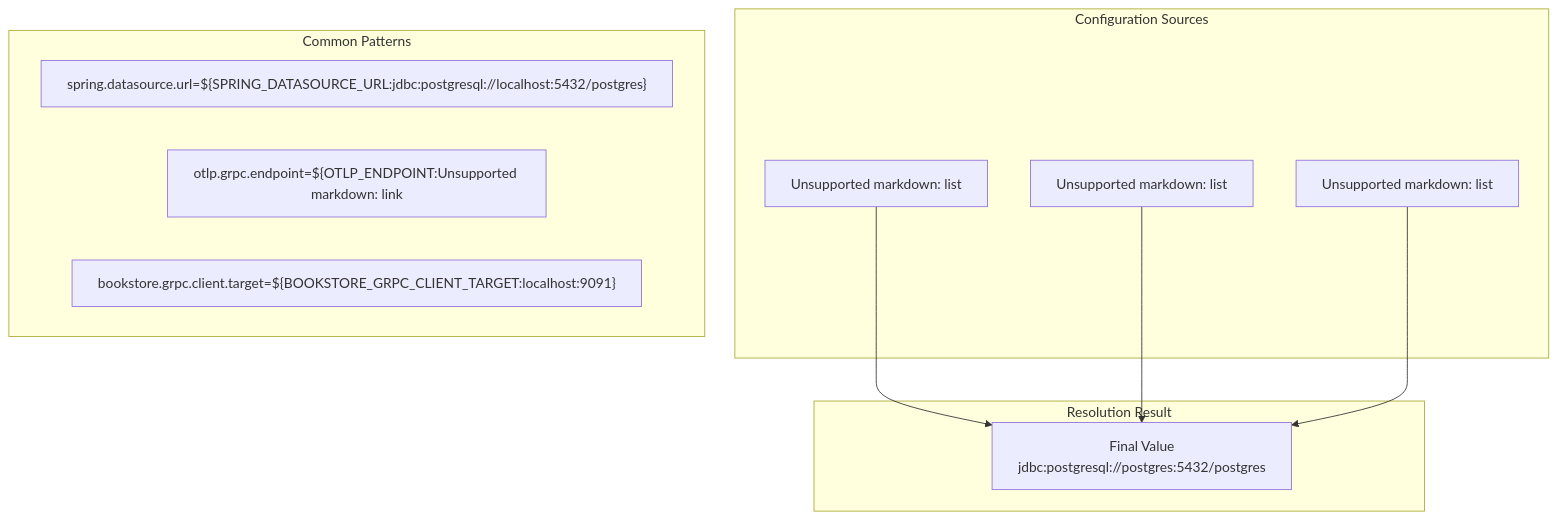
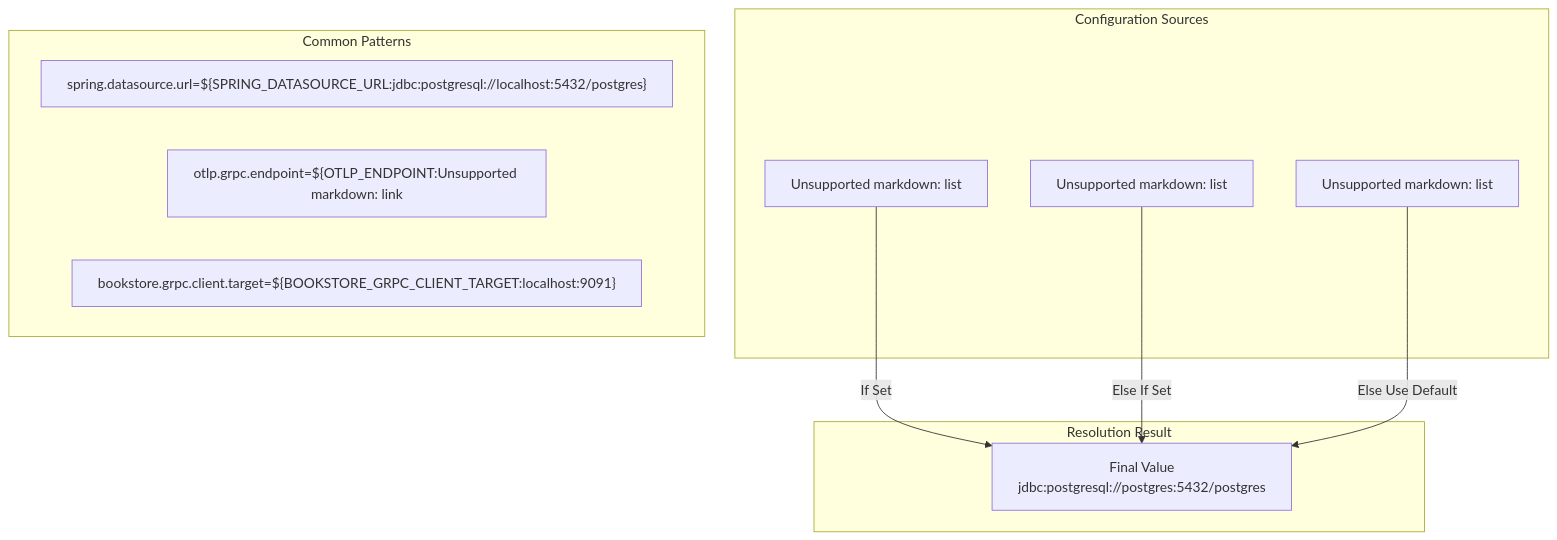
Before and after one commit to philipz/spring-modular-monolith: the seventh of 7 diagrams in docs/deepwiki/Environment-Variables.md, drawn with Mermaid. The commit also changed other lines of this file and 55 other files, not shown here.

````diff
--- a/docs/deepwiki/Environment-Variables.md
+++ b/docs/deepwiki/Environment-Variables.md
@@ -469,31 +469,31 @@
 ```mermaid
 flowchart TD
 
 Pattern1["spring.datasource.url=${SPRING_DATASOURCE_URL:jdbc:postgresql://localhost:5432/postgres}"]
 Pattern2["otlp.grpc.endpoint=${OTLP_ENDPOINT:Unsupported markdown: link"]
 Pattern3["bookstore.grpc.client.target=${BOOKSTORE_GRPC_CLIENT_TARGET:localhost:9091}"]
 ENV["Unsupported markdown: list"]
 SYSPROP["Unsupported markdown: list"]
 APPROP["Unsupported markdown: list"]
 Final["Final Value<br>jdbc:postgresql://postgres:5432/postgres"]
 
-ENV --> Final
-SYSPROP --> Final
-APPROP --> Final
+ENV -->|"If Set"| Final
+SYSPROP -->|"Else If Set"| Final
+APPROP -->|"Else Use Default"| Final
 
 subgraph subGraph1 ["Resolution Result"]
     Final
 end
 
 subgraph subGraph0 ["Configuration Sources"]
     ENV
     SYSPROP
     APPROP
 end
 
 subgraph subGraph2 ["Common Patterns"]
     Pattern1
     Pattern2
     Pattern3
 end
 ```
````
